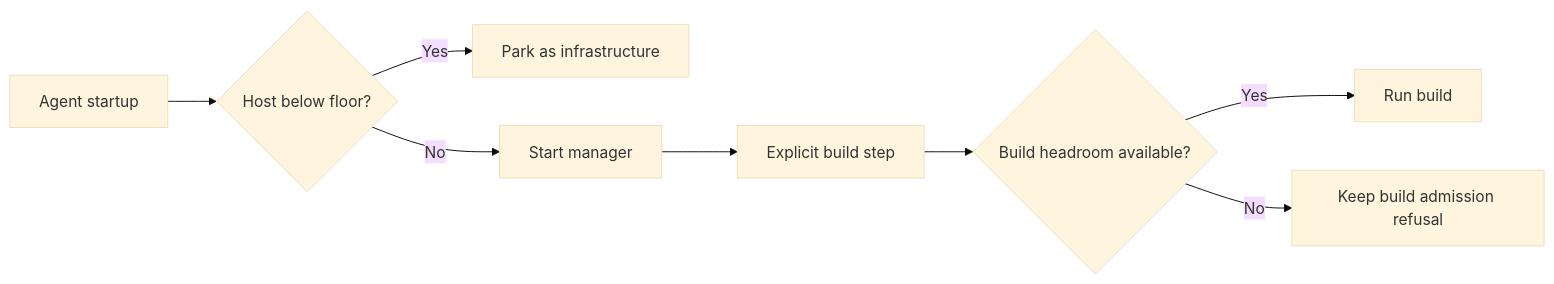
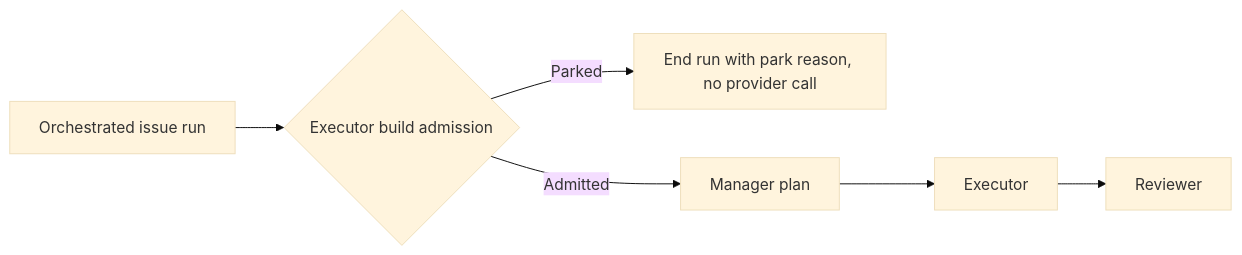
One commit to stSoftwareAU/VibeCoder changed the diagram in docs/archive/pr-summaries/pr-summary-2422.md. Above: the diagram before and after it, drawn with Mermaid (base theme). The commit also changed other lines of this file and 6 other files, not shown here.

First line of the commit message:
Park orchestrated issue runs before the manager call (PR #4611)

````diff
--- a/docs/archive/pr-summaries/pr-summary-2422.md
+++ b/docs/archive/pr-summaries/pr-summary-2422.md
@@ -29,10 +64,8 @@
 ```mermaid
 flowchart LR
-    A[Agent startup] --> B{Host below floor?}
-    B -->|Yes| C[Park as infrastructure]
-    B -->|No| D[Start manager]
-    D --> E[Explicit build step]
-    E --> F{Build headroom available?}
-    F -->|Yes| G[Run build]
-    F -->|No| H[Keep build admission refusal]
+    A[Orchestrated issue run] --> B{Executor build admission}
+    B -->|Parked| C[End run with park reason, no provider call]
+    B -->|Admitted| D[Manager plan]
+    D --> E[Executor]
+    E --> F[Reviewer]
 ```
````
